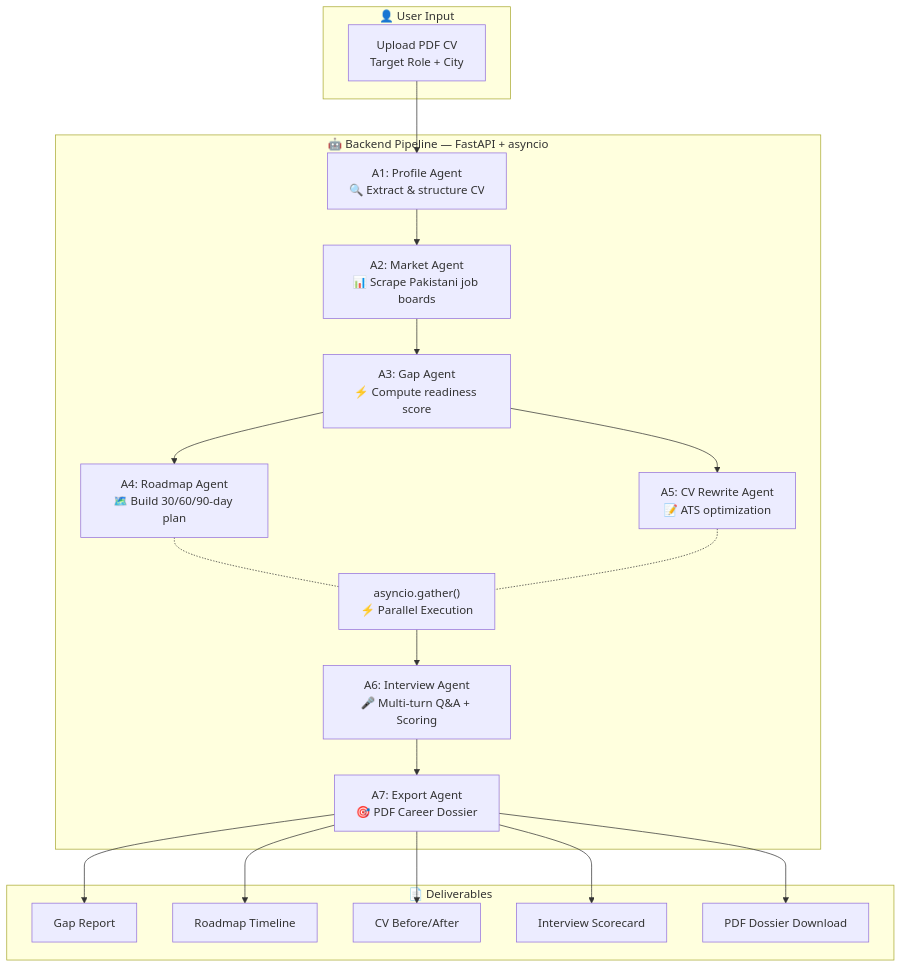
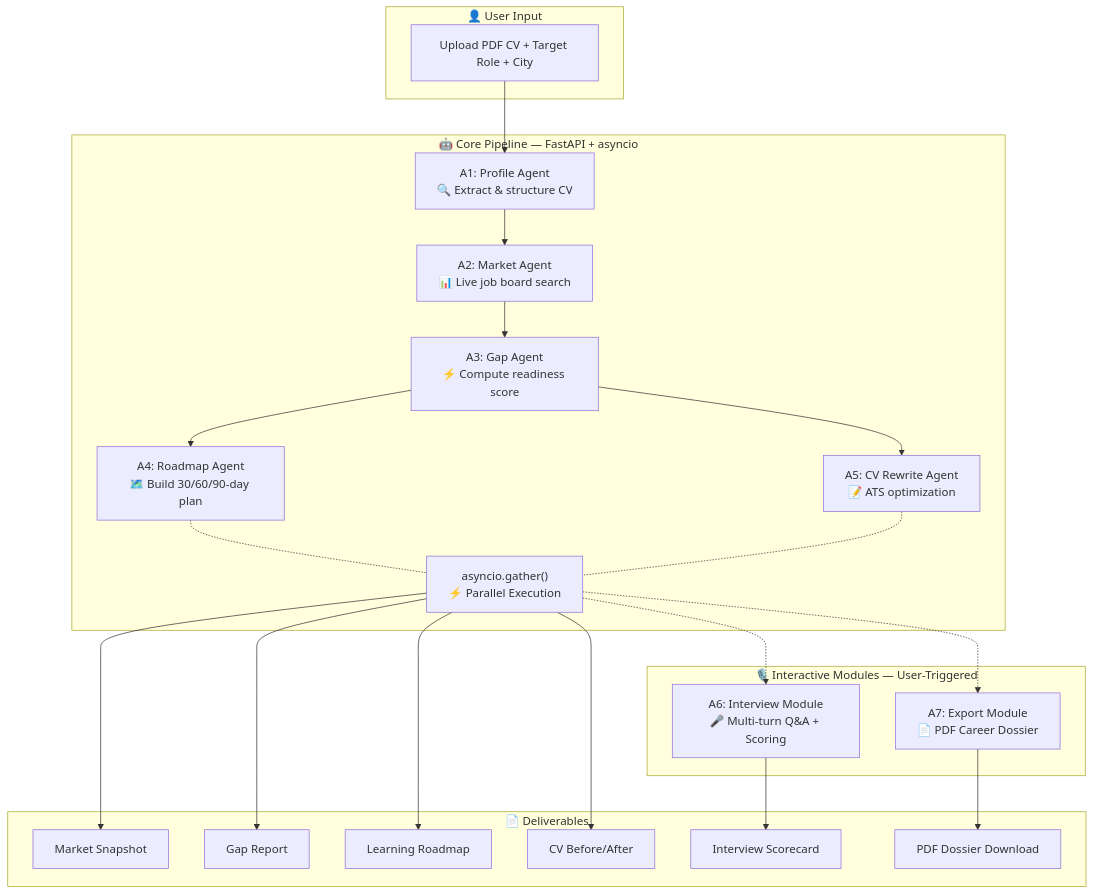
Before and after one commit to Muhammad-Hassan12/Ustaad: the diagram in README.md, drawn with Mermaid. The commit also changed other lines of this file, not shown here.

````diff
--- a/README.md
+++ b/README.md
@@ -85,32 +85,39 @@
 ```mermaid
 flowchart TD
     subgraph Input["👤 User Input"]
-        A[Upload PDF CV\nTarget Role + City]
+        A["Upload PDF CV + Target Role + City"]
     end
 
-    subgraph Pipeline["🤖 Backend Pipeline — FastAPI + asyncio"]
+    subgraph Pipeline["🤖 Core Pipeline — FastAPI + asyncio"]
         B["A1: Profile Agent\n🔍 Extract & structure CV"] --> C
-        C["A2: Market Agent\n📊 Scrape Pakistani job boards"] --> D
+        C["A2: Market Agent\n📊 Live job board search"] --> D
         D["A3: Gap Agent\n⚡ Compute readiness score"]
 
         D --> E["A4: Roadmap Agent\n🗺️ Build 30/60/90-day plan"]
         D --> F["A5: CV Rewrite Agent\n📝 ATS optimization"]
 
         E -.- G["asyncio.gather()\n⚡ Parallel Execution"]
         F -.- G
+    end
 
-        G --> H["A6: Interview Agent\n🎤 Multi-turn Q&A + Scoring"]
-        H --> I["A7: Export Agent\n🎯 PDF Career Dossier"]
+    subgraph Interactive["🎙️ Interactive Modules — User-Triggered"]
+        H["A6: Interview Module\n🎤 Multi-turn Q&A + Scoring"]
+        I["A7: Export Module\n📄 PDF Career Dossier"]
     end
 
     subgraph Output["📄 Deliverables"]
-        J[Gap Report]
-        K[Roadmap Timeline]
-        L[CV Before/After]
-        M[Interview Scorecard]
-        N[PDF Dossier Download]
+        J[Market Snapshot]
+        K[Gap Report]
+        L[Learning Roadmap]
+        M[CV Before/After]
+        N[Interview Scorecard]
+        O[PDF Dossier Download]
     end
 
     A --> B
-    I --> J & K & L & M & N
+    G --> J & K & L & M
+    G -.-> H
+    H --> N
+    G -.-> I
+    I --> O
 ```
````
